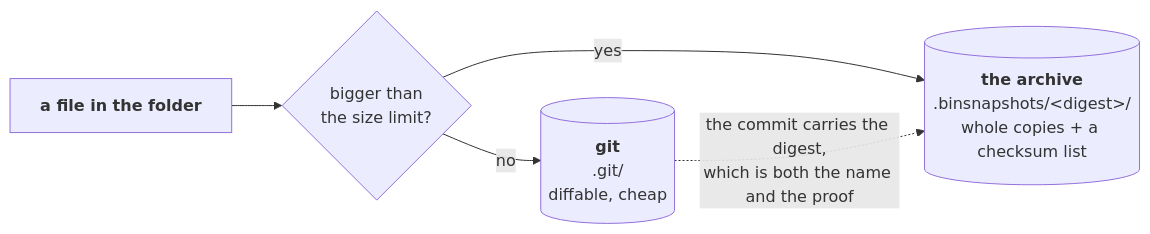
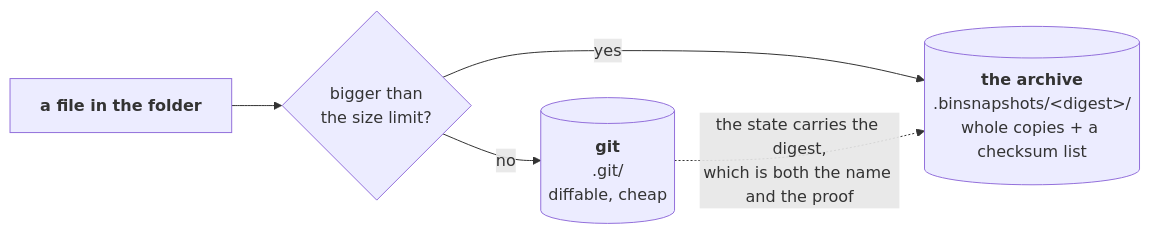
One commit to Qing-LAB/molbuilder changed the first of 3 diagrams in docs/execution/checkpointing.md. Above: the diagram before and after it, drawn with Mermaid. The commit also changed other lines of this file, not shown here.

````diff
--- a/docs/execution/checkpointing.md
+++ b/docs/execution/checkpointing.md
@@ -117,7 +117,7 @@
 ```mermaid
 flowchart LR
     F["<b>a file in the folder</b>"] --> Q{"bigger than<br/>the size limit?"}
     Q -->|"no"| G[("<b>git</b><br/>.git/<br/>diffable, cheap")]
     Q -->|"yes"| A[("<b>the archive</b><br/>.binsnapshots/&lt;digest&gt;/<br/>whole copies + a checksum list")]
-    G -.->|"the commit carries the digest,<br/>which is both the name and the proof"| A
+    G -.->|"the state carries the digest,<br/>which is both the name and the proof"| A
 ```
````
